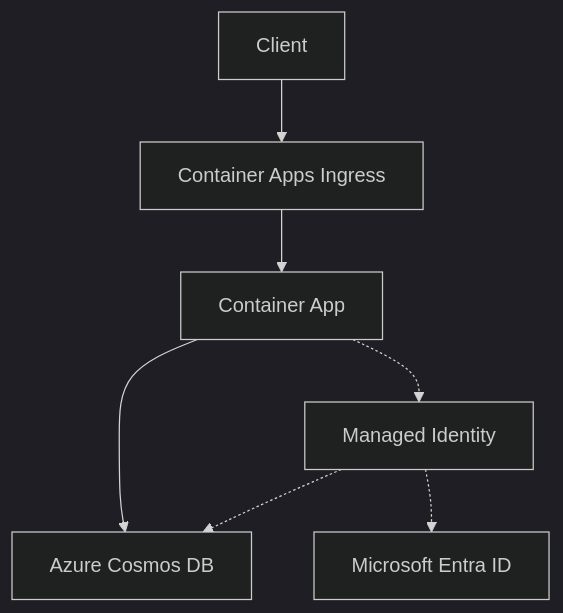
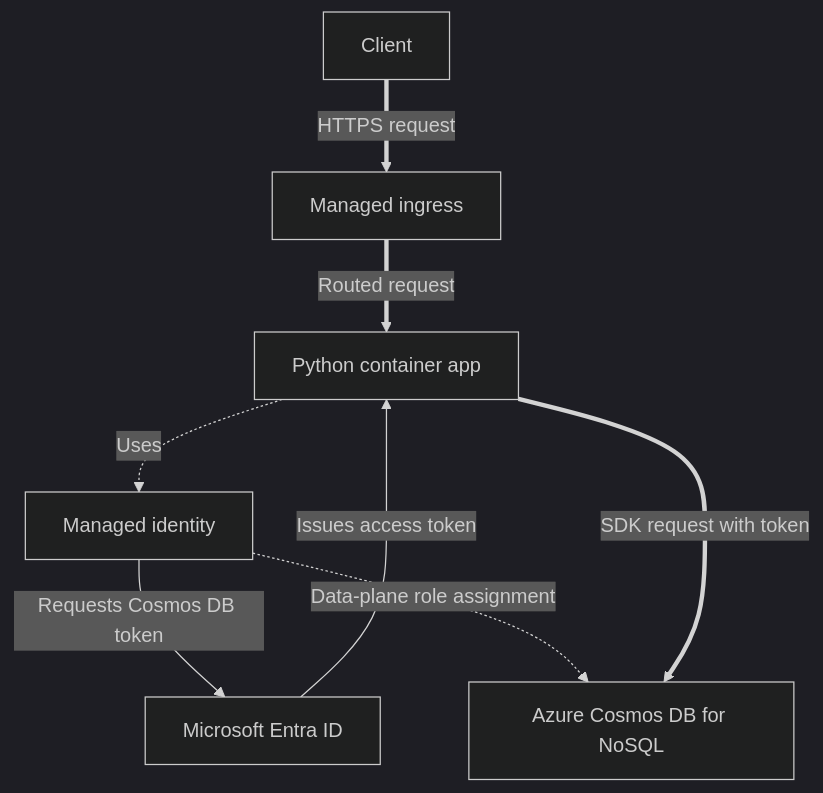
One commit to yeongseon/azure-container-apps-practical-guide changed the diagram in docs/language-guides/python/recipes/cosmosdb.md. Above: the diagram before and after it, drawn with Mermaid (dark theme). The commit also changed other lines of this file and 18 other files, not shown here.

Commit message:
docs(diagrams): migrate Python recipe diagrams (#620)

````diff
--- a/docs/language-guides/python/recipes/cosmosdb.md
+++ b/docs/language-guides/python/recipes/cosmosdb.md
@@ -18,9 +18,20 @@
 ```mermaid
 flowchart TD
-    C[Client] --> I[Container Apps Ingress]
-    I --> APP[Container App]
-    APP --> COSMOS[Azure Cosmos DB]
-    APP -.-> MI[Managed Identity]
-    MI -.-> ENTRA[Microsoft Entra ID]
-    MI -.-> COSMOS
+    accTitle: Passwordless Python access to Azure Cosmos DB
+    accDescr: A client request reaches the Python app through managed ingress. The app obtains a data-plane token through its managed identity and Microsoft Entra ID, and Azure Cosmos DB authorizes the operation through its data-plane role assignment.
+
+    CLIENT[Client]
+    INGRESS[Managed ingress]
+    APP[Python container app]
+    IDENTITY[Managed identity]
+    ENTRA[Microsoft Entra ID]
+    COSMOS[Azure Cosmos DB for NoSQL]
+
+    CLIENT ==>|HTTPS request| INGRESS
+    INGRESS ==>|Routed request| APP
+    APP -.->|Uses| IDENTITY
+    IDENTITY -->|Requests Cosmos DB token| ENTRA
+    ENTRA -->|Issues access token| APP
+    IDENTITY -.->|Data-plane role assignment| COSMOS
+    APP ==>|SDK request with token| COSMOS
 ```
````
